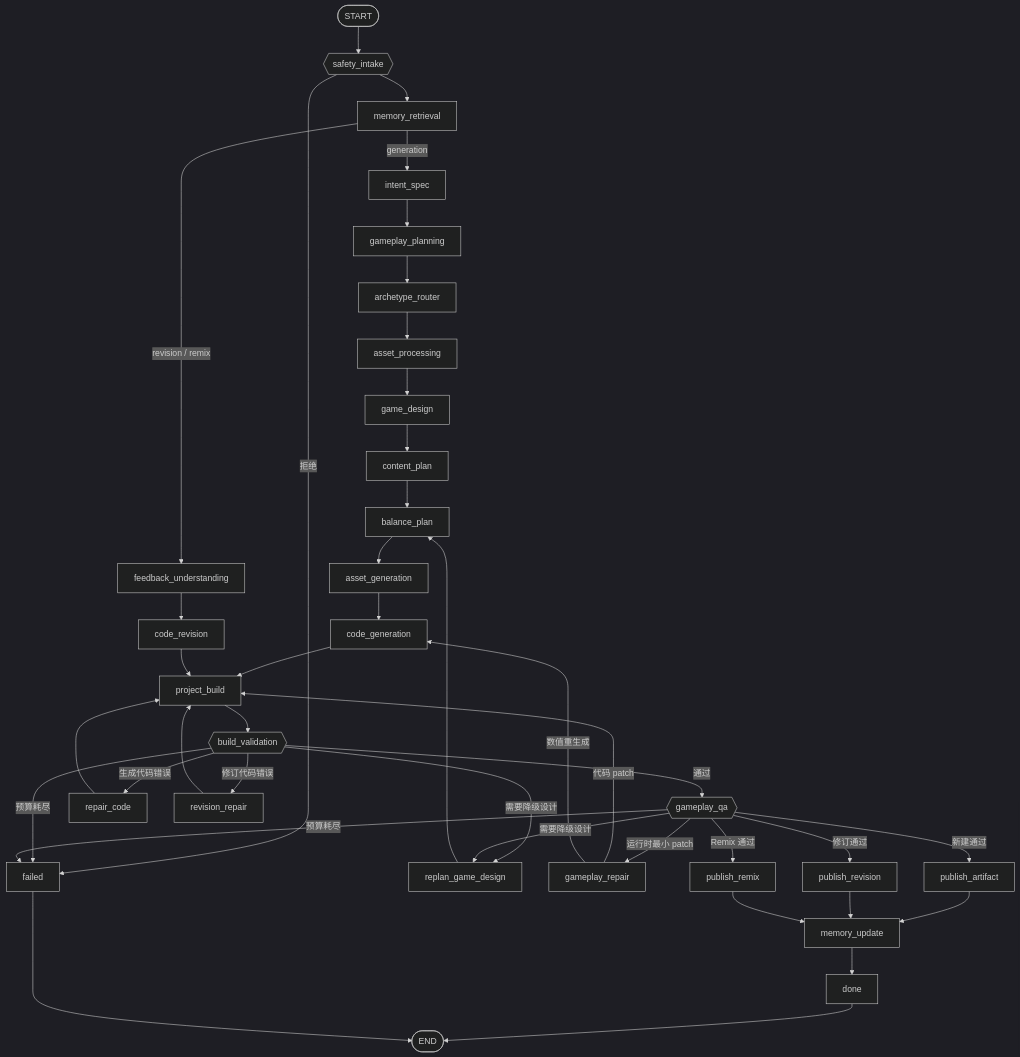
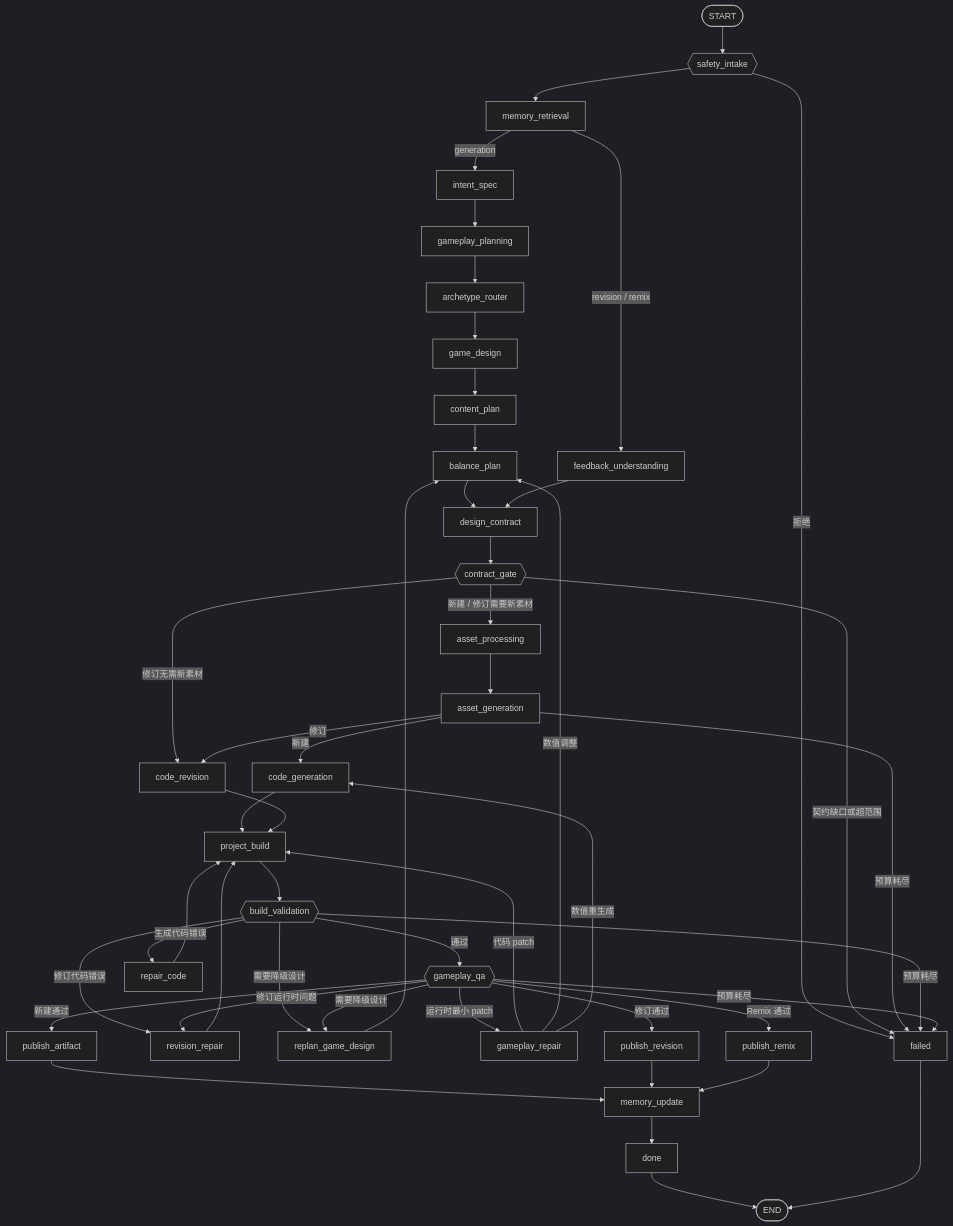
One commit to charlie11sun-netizen/yahaha changed the third of 5 diagrams in docs/系统架构.md. Above: the diagram before and after it, drawn with Mermaid (dark theme). The commit also changed other lines of this file and 178 other files, not shown here.

First line of the commit message:
refactor: split god files, package schemas, regroup tests by domain

````diff
--- a/docs/系统架构.md
+++ b/docs/系统架构.md
@@ -181,48 +181,58 @@
 ```mermaid
 flowchart TB
     START(["START"]) --> safety{{"safety_intake"}}
     safety -->|"拒绝"| failed["failed"]
     safety --> memory["memory_retrieval"]
 
     memory -->|"generation"| intent["intent_spec"]
     intent --> planning["gameplay_planning"]
     planning --> archetype["archetype_router"]
-    archetype --> assetProcess["asset_processing"]
-    assetProcess --> design["game_design"]
+    archetype --> design["game_design"]
     design --> content["content_plan"]
     content --> balance["balance_plan"]
-    balance --> assetGen["asset_generation"]
-    assetGen --> code["code_generation"]
+    balance --> contract["design_contract"]
 
     memory -->|"revision / remix"| understand["feedback_understanding"]
-    understand --> revise["code_revision"]
+    understand --> contract
+
+    contract --> gate{{"contract_gate"}}
+    gate -->|"新建 / 修订需要新素材"| assetProcess["asset_processing"]
+    gate -->|"修订无需新素材"| revise["code_revision"]
+    gate -->|"契约缺口或超范围"| failed
+
+    assetProcess --> assetGen["asset_generation"]
+    assetGen -->|"新建"| code["code_generation"]
+    assetGen -->|"修订"| revise
+    assetGen -->|"预算耗尽"| failed
 
     code --> projectBuild["project_build"]
     revise --> projectBuild
     projectBuild --> validate{{"build_validation"}}
 
     validate -->|"通过"| qa{{"gameplay_qa"}}
     validate -->|"生成代码错误"| repair["repair_code"]
     repair --> projectBuild
     validate -->|"修订代码错误"| revisionRepair["revision_repair"]
     revisionRepair --> projectBuild
     validate -->|"需要降级设计"| replan["replan_game_design"]
     replan --> balance
     validate -->|"预算耗尽"| failed
 
     qa -->|"运行时最小 patch"| gameplayRepair["gameplay_repair"]
     gameplayRepair -->|"代码 patch"| projectBuild
+    gameplayRepair -->|"数值调整"| balance
     gameplayRepair -->|"数值重生成"| code
     qa -->|"需要降级设计"| replan
+    qa -->|"修订运行时问题"| revisionRepair
     qa -->|"新建通过"| publish["publish_artifact"]
     qa -->|"修订通过"| publishRevision["publish_revision"]
     qa -->|"Remix 通过"| publishRemix["publish_remix"]
     qa -->|"预算耗尽"| failed
 
     publish --> memoryUpdate["memory_update"]
     publishRevision --> memoryUpdate
     publishRemix --> memoryUpdate
     memoryUpdate --> done["done"]
     done --> END(["END"])
     failed --> END
 ```
````
